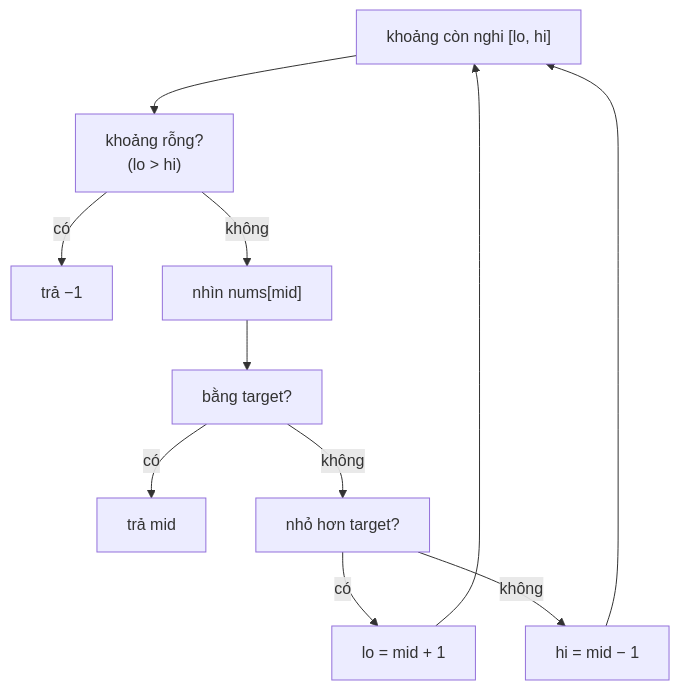
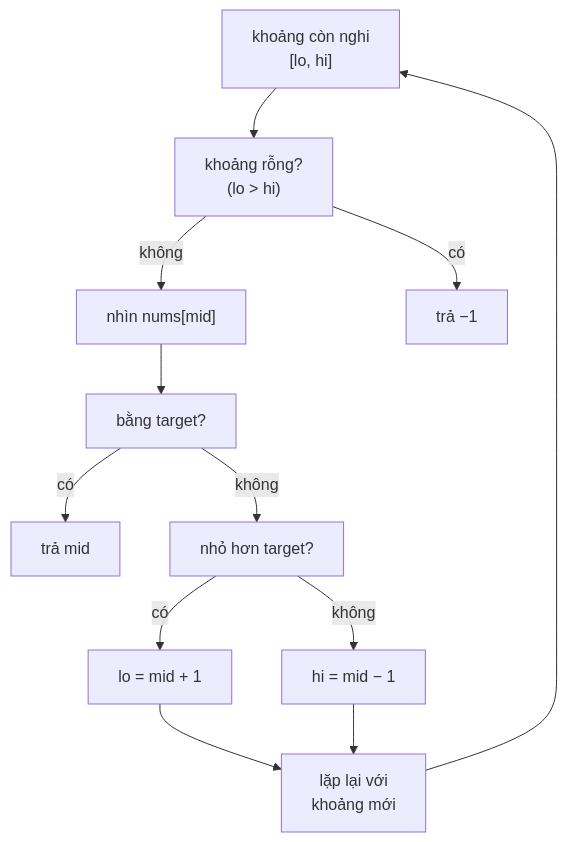
The diagram in content/problems/binary-search.md (duongbui234/software-engineering-atlas), drawn with Mermaid before and after one commit. The commit also changed 134 other files, not shown here.

First line of the commit message:
Fit every Mermaid diagram at 390px without sideways scroll (#56)

````diff
--- a/content/problems/binary-search.md
+++ b/content/problems/binary-search.md
@@ -49,13 +49,13 @@
 ```mermaid
 flowchart TB
-  A["khoảng còn nghi [lo, hi]"] --> B["khoảng rỗng?<br/>(lo > hi)"]
+  A["khoảng còn nghi<br/>[lo, hi]"] --> B["khoảng rỗng?<br/>(lo > hi)"]
+  B -->|"không"| C["nhìn nums[mid]"]
   B -->|"có"| X["trả −1"]
-  B -->|"không"| C["nhìn nums[mid]"]
   C --> D["bằng target?"]
   D -->|"có"| Y["trả mid"]
   D -->|"không"| E["nhỏ hơn target?"]
   E -->|"có"| F["lo = mid + 1"]
   E -->|"không"| G["hi = mid − 1"]
-  F --> A
-  G --> A
+  F & G --> R["lặp lại với<br/>khoảng mới"]
+  R --> A
 ```
````
